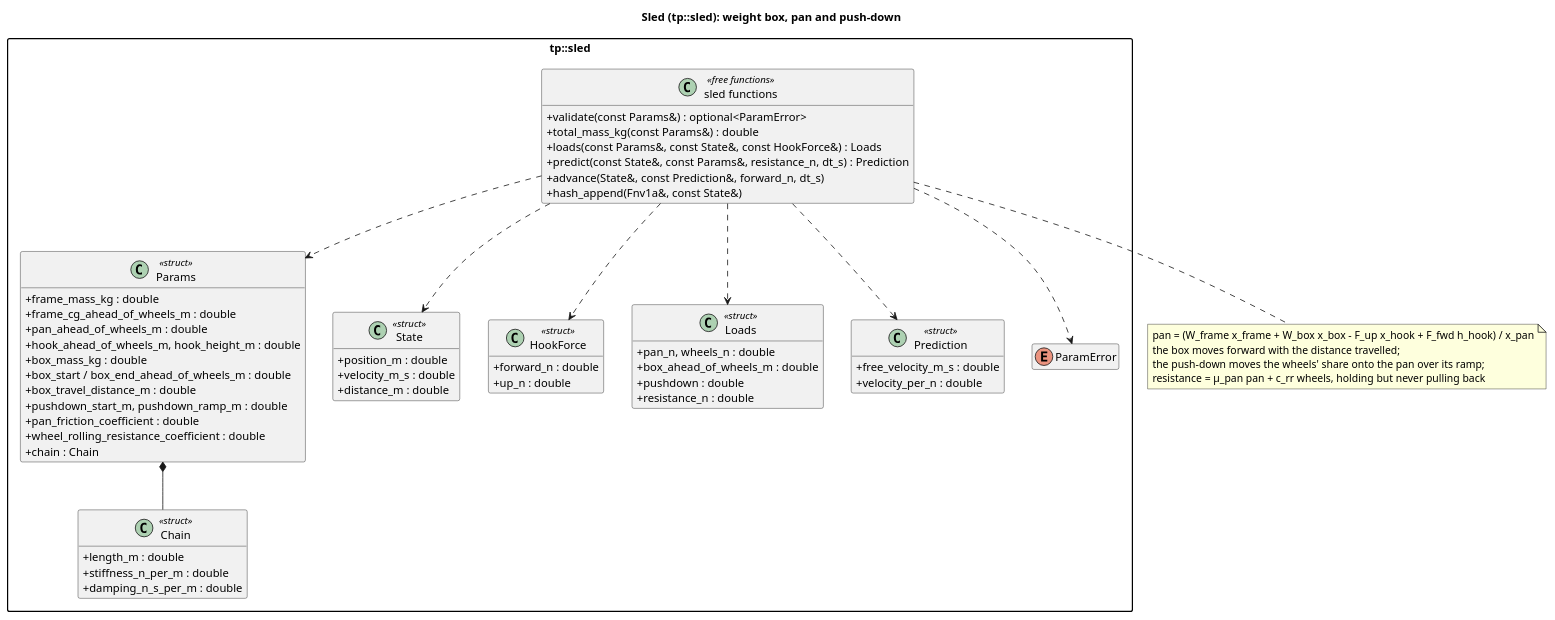
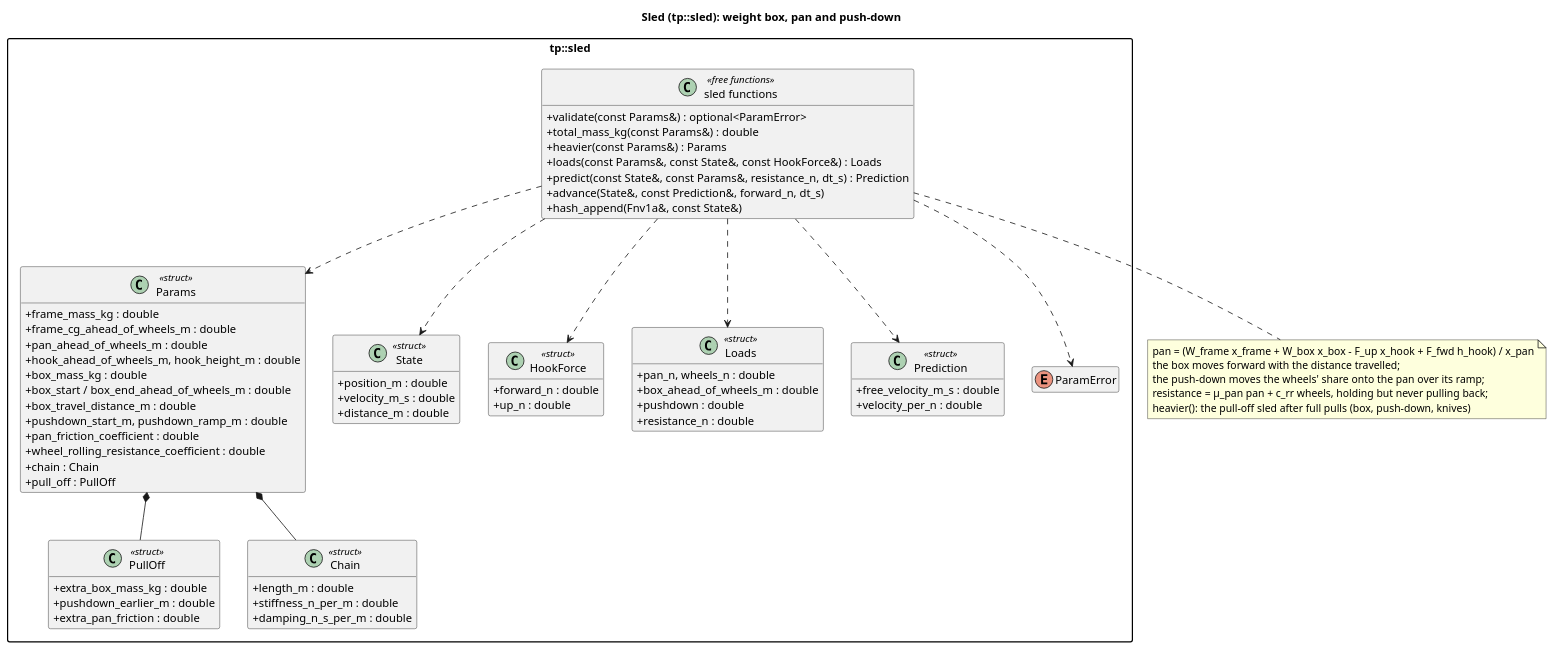
One commit to wversteeg/TractorPulling changed the diagram in docs/diagrams/sled_classes.puml. Above: the diagram before and after it, drawn with PlantUML. The commit also changed 12 other files, not shown here.

First line of the commit message:
Wrap up Milestone 1: run diagrams, README status

```diff
--- a/docs/diagrams/sled_classes.puml
+++ b/docs/diagrams/sled_classes.puml
@@ -1,68 +1,77 @@
 @startuml sled_classes
 title Sled (tp::sled): weight box, pan and push-down
 hide empty members
 skinparam packageStyle rectangle
 skinparam classAttributeIconSize 0
 
 package "tp::sled" {
   class Params <<struct>> {
     +frame_mass_kg : double
     +frame_cg_ahead_of_wheels_m : double
     +pan_ahead_of_wheels_m : double
     +hook_ahead_of_wheels_m, hook_height_m : double
     +box_mass_kg : double
     +box_start / box_end_ahead_of_wheels_m : double
     +box_travel_distance_m : double
     +pushdown_start_m, pushdown_ramp_m : double
     +pan_friction_coefficient : double
     +wheel_rolling_resistance_coefficient : double
     +chain : Chain
+    +pull_off : PullOff
+  }
+  class PullOff <<struct>> {
+    +extra_box_mass_kg : double
+    +pushdown_earlier_m : double
+    +extra_pan_friction : double
   }
   class Chain <<struct>> {
     +length_m : double
     +stiffness_n_per_m : double
     +damping_n_s_per_m : double
   }
   class State <<struct>> {
     +position_m : double
     +velocity_m_s : double
     +distance_m : double
   }
   class HookForce <<struct>> {
     +forward_n : double
     +up_n : double
   }
   class Loads <<struct>> {
     +pan_n, wheels_n : double
     +box_ahead_of_wheels_m : double
     +pushdown : double
     +resistance_n : double
   }
   class Prediction <<struct>> {
     +free_velocity_m_s : double
     +velocity_per_n : double
   }
   enum ParamError
   class "sled functions" as SledFns <<free functions>> {
     +validate(const Params&) : optional<ParamError>
     +total_mass_kg(const Params&) : double
+    +heavier(const Params&) : Params
     +loads(const Params&, const State&, const HookForce&) : Loads
     +predict(const State&, const Params&, resistance_n, dt_s) : Prediction
     +advance(State&, const Prediction&, forward_n, dt_s)
     +hash_append(Fnv1a&, const State&)
   }
   Params *-- Chain
+  Params *-- PullOff
   SledFns ..> Params
   SledFns ..> State
   SledFns ..> HookForce
   SledFns ..> Loads
   SledFns ..> Prediction
   SledFns ..> ParamError
 }
 note bottom of SledFns
   pan = (W_frame x_frame + W_box x_box - F_up x_hook + F_fwd h_hook) / x_pan
   the box moves forward with the distance travelled;
   the push-down moves the wheels' share onto the pan over its ramp;
-  resistance = μ_pan pan + c_rr wheels, holding but never pulling back
+  resistance = μ_pan pan + c_rr wheels, holding but never pulling back;
+  heavier(): the pull-off sled after full pulls (box, push-down, knives)
 end note
 @enduml
```
